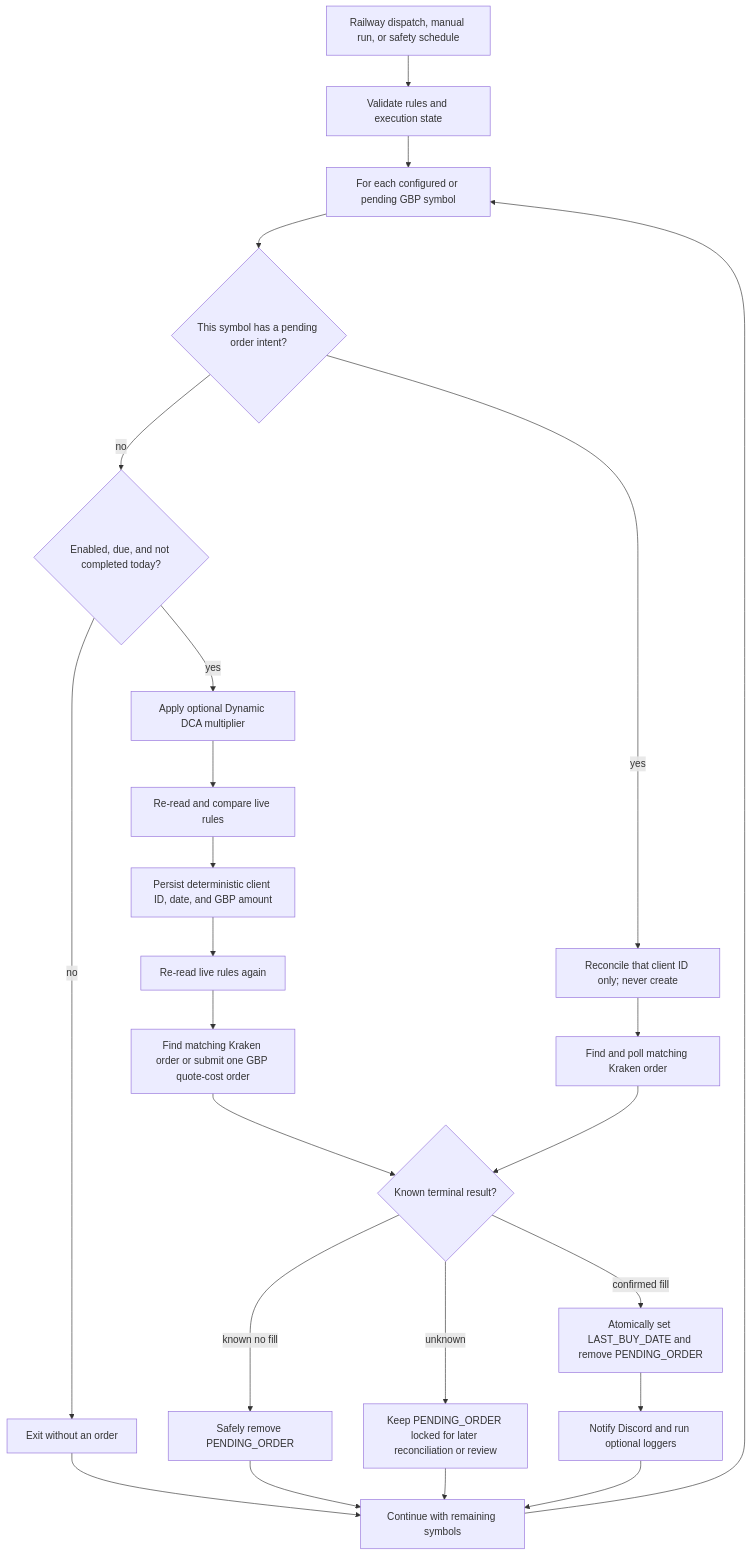
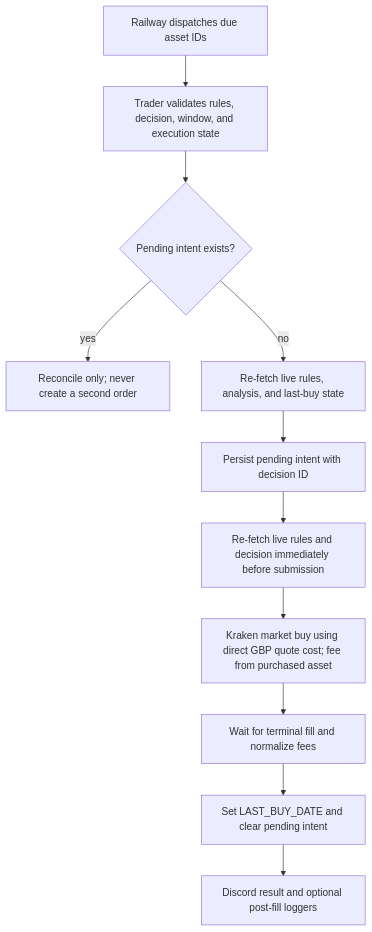
One commit to aesscialo-bot/DCA-Bot changed the third of 3 diagrams in README.md. Above: the diagram before and after it, drawn with Mermaid. The commit also changed other lines of this file and 26 other files, not shown here.

Commit message:
Harden Kraken GBP DCA production rollout

````diff
--- a/README.md
+++ b/README.md
@@ -146,26 +153,13 @@
 ```mermaid
 flowchart TD
-    S["Railway dispatch, manual run, or safety schedule"] --> Q["Validate rules and execution state"]
-    Q --> LOOP["For each configured or pending GBP symbol"]
-    LOOP --> P{"This symbol has a pending order intent?"}
-    P -->|"yes"| RO["Reconcile that client ID only; never create"]
-    P -->|"no"| D{"Enabled, due, and not completed today?"}
-    D -->|"no"| X["Exit without an order"]
-    D -->|"yes"| A["Apply optional Dynamic DCA multiplier"]
-    A --> R1["Re-read and compare live rules"]
-    R1 --> I["Persist deterministic client ID, date, and GBP amount"]
-    I --> R2["Re-read live rules again"]
-    R2 --> K["Find matching Kraken order or submit one GBP quote-cost order"]
-    RO --> K2["Find and poll matching Kraken order"]
-    K --> OUT{"Known terminal result?"}
-    K2 --> OUT
-    OUT -->|"confirmed fill"| DONE["Atomically set LAST_BUY_DATE and remove PENDING_ORDER"]
-    OUT -->|"known no fill"| CLEAR["Safely remove PENDING_ORDER"]
-    OUT -->|"unknown"| LOCK["Keep PENDING_ORDER locked for later reconciliation or review"]
-    DONE --> LOG["Notify Discord and run optional loggers"]
-    X --> NEXT["Continue with remaining symbols"]
-    CLEAR --> NEXT
-    LOCK --> NEXT
-    LOG --> NEXT
-    NEXT --> LOOP
+    D["Railway dispatches due asset IDs"] --> V1["Trader validates rules, decision, window, and execution state"]
+    V1 --> P{"Pending intent exists?"}
+    P -- "yes" --> R["Reconcile only; never create a second order"]
+    P -- "no" --> V2["Re-fetch live rules, analysis, and last-buy state"]
+    V2 --> I["Persist pending intent with decision ID"]
+    I --> V3["Re-fetch live rules and decision immediately before submission"]
+    V3 --> K["Kraken market buy using direct GBP quote cost; fee from purchased asset"]
+    K --> F["Wait for terminal fill and normalize fees"]
+    F --> E["Set LAST_BUY_DATE and clear pending intent"]
+    E --> N["Discord result and optional post-fill loggers"]
 ```
````
